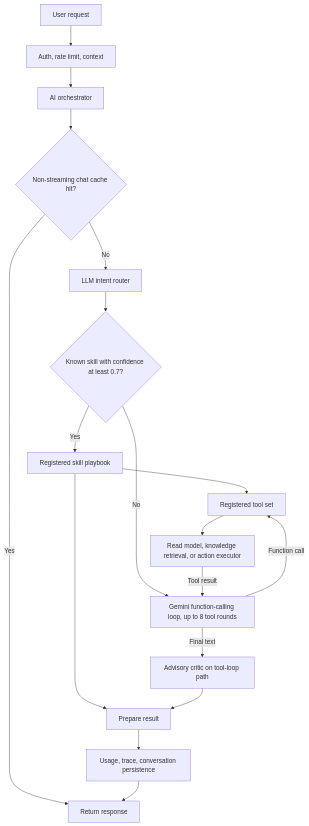
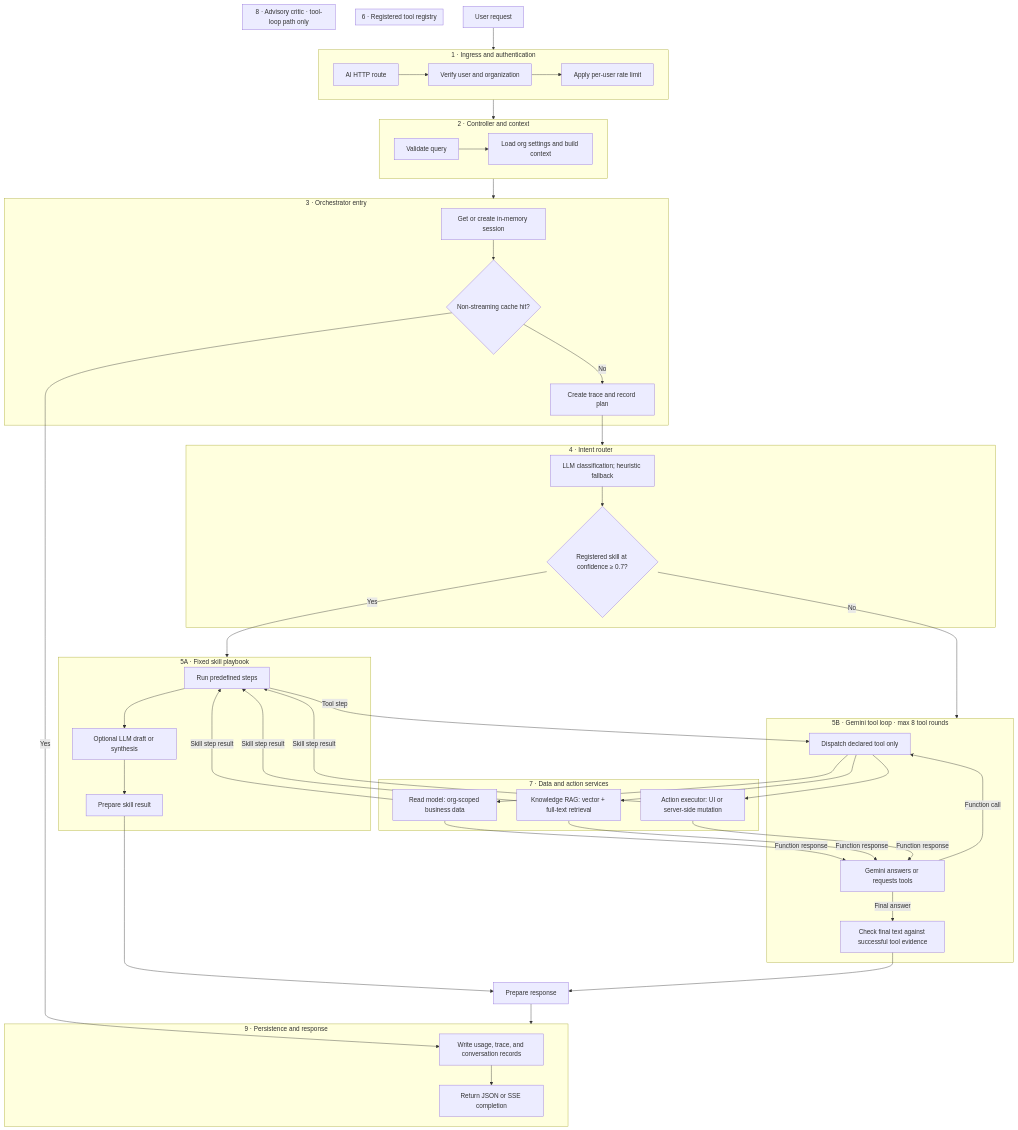
The first of 2 diagrams in README.md (amathziah/capitaedgex), drawn with Mermaid before and after one commit. The commit also changed 1 other file, not shown here.

Commit message:
docs: detail AI architecture diagrams

````diff
--- a/README.md
+++ b/README.md
@@ -32,20 +32,68 @@
 ```mermaid
 flowchart TD
-    USER[User request] --> AUTH[Auth, rate limit, context]
-    AUTH --> ORCH[AI orchestrator]
-    ORCH --> CACHE{Non-streaming chat cache hit?}
-    CACHE -->|Yes| RESPONSE[Return cached response]
-    CACHE -->|No| INTENT[LLM intent router]
-    INTENT --> ROUTE{Known skill with confidence at least 0.7?}
-    ROUTE -->|Yes| SKILL[Registered skill playbook]
-    ROUTE -->|No| LOOP[Gemini function-calling loop, up to 8 tool rounds]
-    SKILL --> TOOLS[Registered tool set]
-    LOOP -->|Function call| TOOLS
-    TOOLS --> DATA[Read model, knowledge retrieval, or action executor]
-    DATA -->|Tool result| LOOP
-    LOOP -->|Final text| CRITIC[Advisory critic on tool-loop path]
-    SKILL --> RESULT[Prepare result]
+    USER[User request] --> L1
+
+    subgraph L1["1 · Ingress and authentication"]
+        HTTP[AI HTTP route] --> AUTH[Verify user and organization]
+        AUTH --> LIMIT[Apply per-user rate limit]
+    end
+
+    L1 --> L2
+    subgraph L2["2 · Controller and context"]
+        VALIDATE[Validate query] --> CONTEXT[Load org settings and build context]
+    end
+
+    L2 --> L3
+    subgraph L3["3 · Orchestrator entry"]
+        SESSION[Get or create in-memory session] --> CACHE{Non-streaming cache hit?}
+        CACHE -->|No| TRACE[Create trace and record plan]
+    end
+    CACHE -->|Yes| PERSIST
+    TRACE --> L4
+
+    subgraph L4["4 · Intent router"]
+        CLASSIFY[LLM classification; heuristic fallback] --> ROUTE{Registered skill at confidence ≥ 0.7?}
+    end
+
+    ROUTE -->|Yes| L5A
+    ROUTE -->|No| L5B
+    subgraph L5A["5A · Fixed skill playbook"]
+        PLAN[Run predefined steps] --> SKILL_LLM[Optional LLM draft or synthesis]
+        SKILL_LLM --> SKILL_RESULT[Prepare skill result]
+    end
+    subgraph L5B["5B · Gemini tool loop · max 8 tool rounds"]
+        GENERATE[Gemini answers or requests tools] -->|Function call| DECLARED
+        GENERATE -->|Final answer| CRITIC
+    end
+
+    subgraph L6["6 · Registered tool registry"]
+        DECLARED[Dispatch declared tool only]
+    end
+
+    subgraph L7["7 · Data and action services"]
+        READ[Read model: org-scoped business data]
+        RAG[Knowledge RAG: vector + full-text retrieval]
+        ACTION[Action executor: UI or server-side mutation]
+    end
+    DECLARED --> READ
+    DECLARED --> RAG
+    DECLARED --> ACTION
+    READ -->|Function response| GENERATE
+    RAG -->|Function response| GENERATE
+    ACTION -->|Function response| GENERATE
+    PLAN -->|Tool step| DECLARED
+    READ -->|Skill step result| PLAN
+    RAG -->|Skill step result| PLAN
+    ACTION -->|Skill step result| PLAN
+
+    subgraph L8["8 · Advisory critic · tool-loop path only"]
+        CRITIC[Check final text against successful tool evidence]
+    end
+
+    SKILL_RESULT --> RESULT[Prepare response]
     CRITIC --> RESULT
-    RESULT --> STORE[Usage, trace, conversation persistence]
-    STORE --> RESPONSE[Return response]
+    RESULT --> L9
+    subgraph L9["9 · Persistence and response"]
+        PERSIST[Write usage, trace, and conversation records] --> RESPONSE[Return JSON or SSE completion]
+    end
 ```
````
